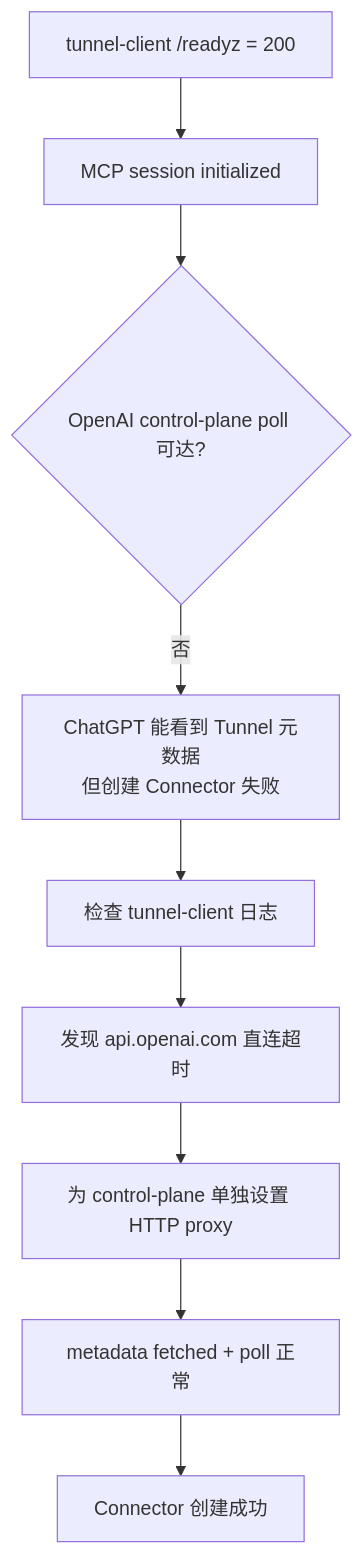
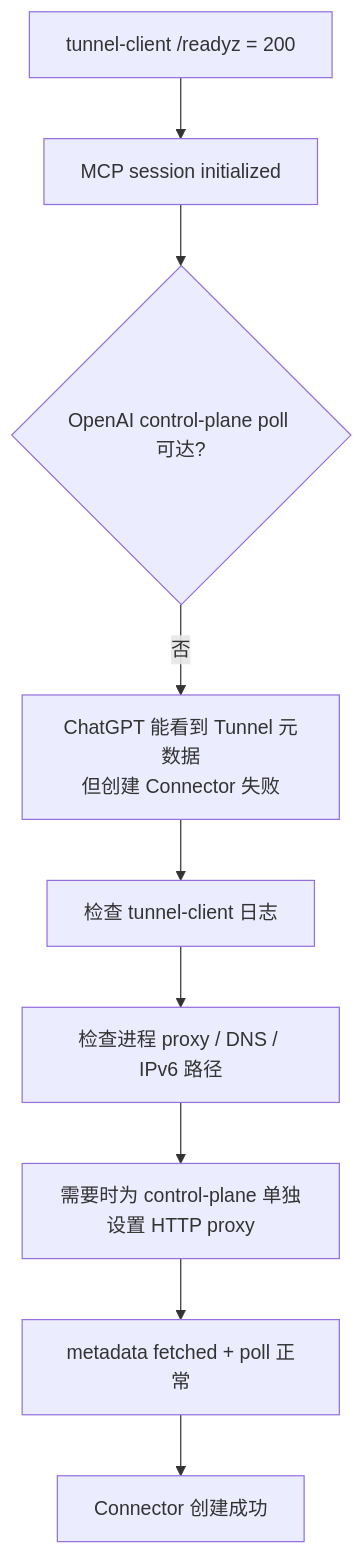
One commit to Link-Start/webcodex_yyjeqhc changed the second of 2 diagrams in docs/WINDOWS_OPENAI_TUNNEL.zh-CN.md. Above: the diagram before and after it, drawn with Mermaid. The commit also changed other lines of this file and 26 other files, not shown here.

````diff
--- a/docs/WINDOWS_OPENAI_TUNNEL.zh-CN.md
+++ b/docs/WINDOWS_OPENAI_TUNNEL.zh-CN.md
@@ -215,11 +171,11 @@
 ```mermaid
 flowchart TD
     A[tunnel-client /readyz = 200] --> B[MCP session initialized]
     B --> C{OpenAI control-plane poll 可达?}
     C -->|否| D[ChatGPT 能看到 Tunnel 元数据\n但创建 Connector 失败]
     D --> E[检查 tunnel-client 日志]
-    E --> F[发现 api.openai.com 直连超时]
-    F --> G[为 control-plane 单独设置 HTTP proxy]
+    E --> F[检查进程 proxy / DNS / IPv6 路径]
+    F --> G[需要时为 control-plane 单独设置 HTTP proxy]
     G --> H[metadata fetched + poll 正常]
     H --> I[Connector 创建成功]
 ```
````
